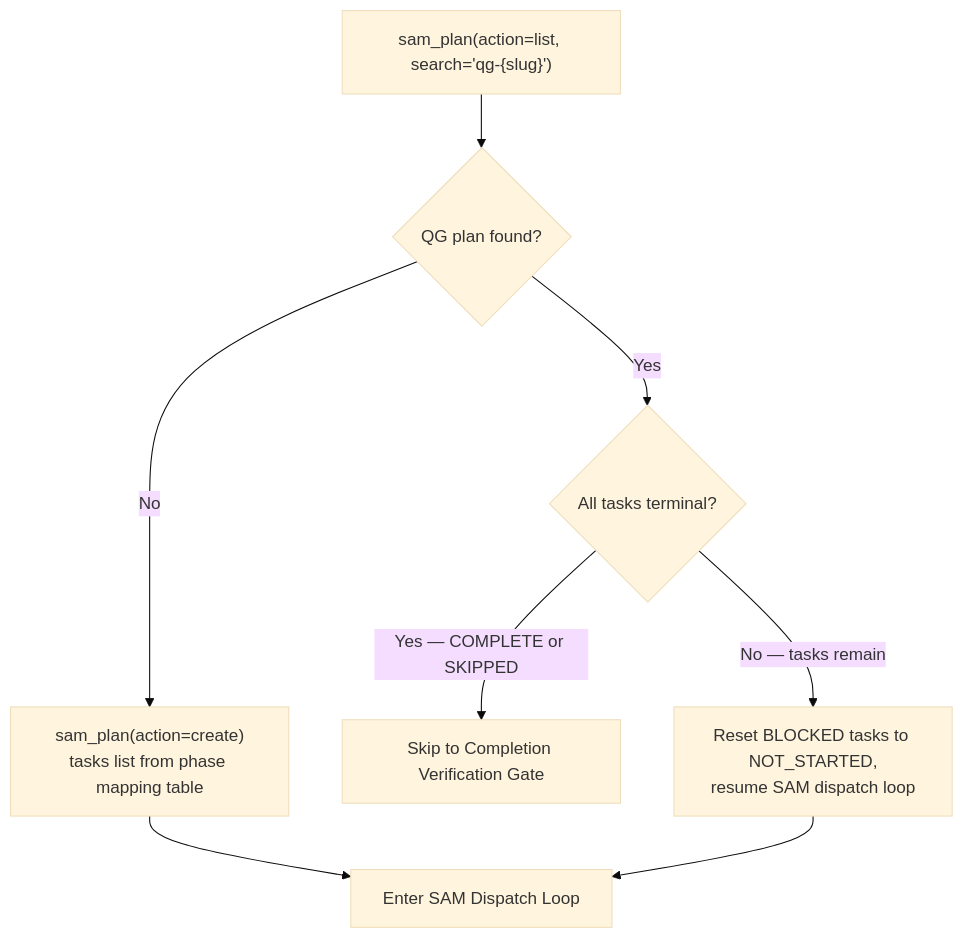
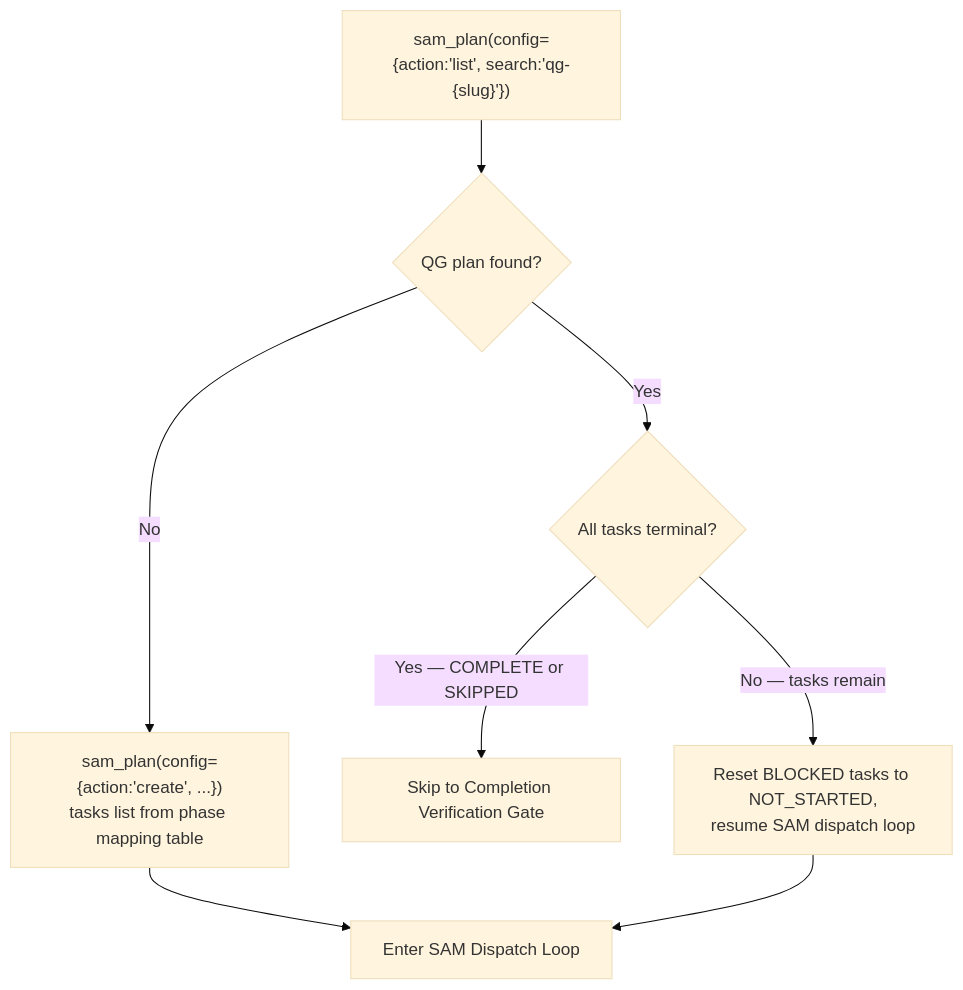
Before and after one commit to Jamie-BitFlight/claude_skills: the sixth of 8 diagrams in plugins/development-harness/skills/complete-implementation/SKILL.md, drawn with Mermaid (base theme). The commit also changed other lines of this file and 41 other files, not shown here.

````diff
--- a/plugins/development-harness/skills/complete-implementation/SKILL.md
+++ b/plugins/development-harness/skills/complete-implementation/SKILL.md
@@ -394,10 +402,10 @@
 ```mermaid
 flowchart TD
-    List["sam_plan(action=list, search='qg-{slug}')"] --> Found{QG plan found?}
-    Found -->|No| Create["sam_plan(action=create)<br>tasks list from phase mapping table"]
+    List["sam_plan(config={action:'list', search:'qg-{slug}'})"] --> Found{QG plan found?}
+    Found -->|No| Create["sam_plan(config={action:'create', ...})<br>tasks list from phase mapping table"]
     Found -->|Yes| Check{All tasks terminal?}
     Check -->|"Yes — COMPLETE or SKIPPED"| Skip["Skip to Completion Verification Gate"]
     Check -->|"No — tasks remain"| Reset["Reset BLOCKED tasks to NOT_STARTED,<br>resume SAM dispatch loop"]
     Create --> Loop["Enter SAM Dispatch Loop"]
     Reset --> Loop
 ```
````
